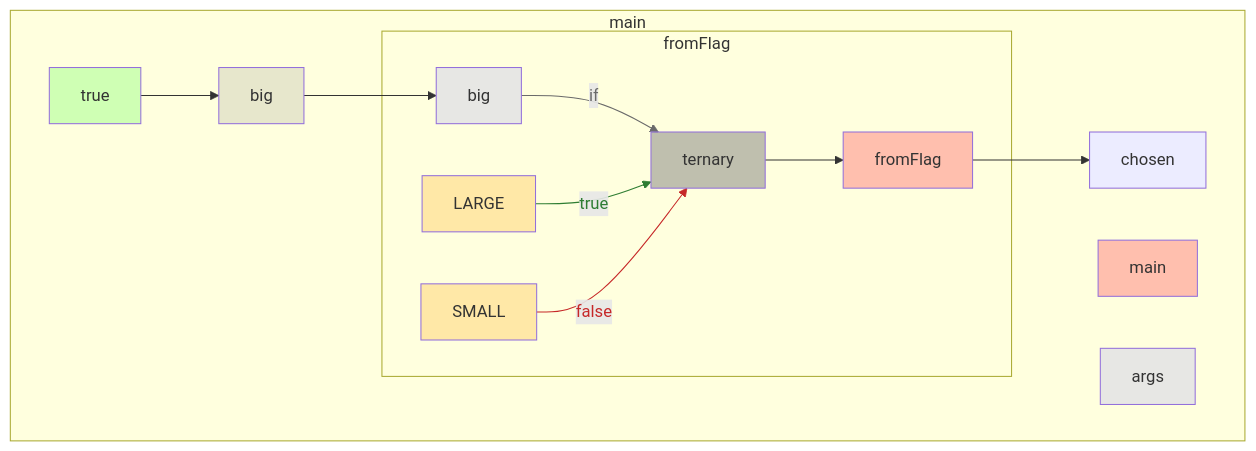
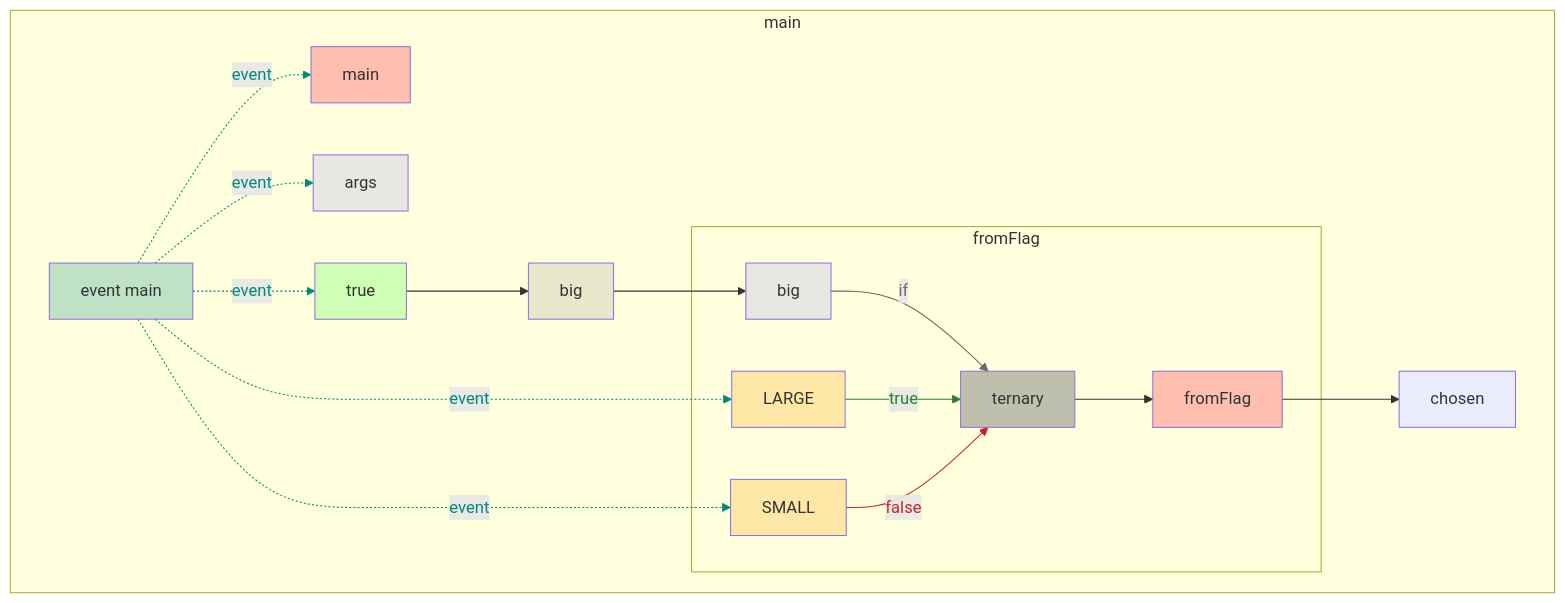
The diagram in app/src/test/resources/enumConstant/snapshot.md (gstiebler/codeflow), drawn with Mermaid before and after one commit. The commit also changed 77 other files, not shown here.

````diff
--- a/app/src/test/resources/enumConstant/snapshot.md
+++ b/app/src/test/resources/enumConstant/snapshot.md
@@ -1,34 +1,46 @@
 ```mermaid
 flowchart TD
   subgraph b0["main"]
-    n1[main]:::RETURN
-    n2[args]:::FUNC_PARAM
-    n3[true]:::LITERAL
-    n4[big]:::VARIABLE
-    n11[chosen]:::OBJ_VARIABLE
-    n3[true]:::LITERAL --> n4[big]:::VARIABLE
-    n4[big]:::VARIABLE --> n7[big]:::FUNC_PARAM
-    n6[fromFlag]:::RETURN --> n11[chosen]:::OBJ_VARIABLE
-    subgraph b5["fromFlag"]
-      n6[fromFlag]:::RETURN
-      n7[big]:::FUNC_PARAM
-      n8[LARGE]:::EXTERNAL
-      n9[SMALL]:::EXTERNAL
-      n10[ternary]:::BIN_OP
-      n7[big]:::FUNC_PARAM -->|if| n10[ternary]:::BIN_OP
-      n8[LARGE]:::EXTERNAL -->|true| n10[ternary]:::BIN_OP
-      n9[SMALL]:::EXTERNAL -->|false| n10[ternary]:::BIN_OP
-      n10[ternary]:::BIN_OP --> n6[fromFlag]:::RETURN
+    n1[event main]:::EVENT
+    n2[main]:::RETURN
+    n3[args]:::FUNC_PARAM
+    n4[true]:::LITERAL
+    n5[big]:::VARIABLE
+    n12[chosen]:::OBJ_VARIABLE
+    n1[event main]:::EVENT -. event .-> n2[main]:::RETURN
+    n1[event main]:::EVENT -. event .-> n3[args]:::FUNC_PARAM
+    n1[event main]:::EVENT -. event .-> n4[true]:::LITERAL
+    n1[event main]:::EVENT -. event .-> n9[LARGE]:::EXTERNAL
+    n1[event main]:::EVENT -. event .-> n10[SMALL]:::EXTERNAL
+    n4[true]:::LITERAL --> n5[big]:::VARIABLE
+    n5[big]:::VARIABLE --> n8[big]:::FUNC_PARAM
+    n7[fromFlag]:::RETURN --> n12[chosen]:::OBJ_VARIABLE
+    subgraph b6["fromFlag"]
+      n7[fromFlag]:::RETURN
+      n8[big]:::FUNC_PARAM
+      n9[LARGE]:::EXTERNAL
+      n10[SMALL]:::EXTERNAL
+      n11[ternary]:::BIN_OP
+      n8[big]:::FUNC_PARAM -->|if| n11[ternary]:::BIN_OP
+      n9[LARGE]:::EXTERNAL -->|true| n11[ternary]:::BIN_OP
+      n10[SMALL]:::EXTERNAL -->|false| n11[ternary]:::BIN_OP
+      n11[ternary]:::BIN_OP --> n7[fromFlag]:::RETURN
     end
   end
-  linkStyle 3 stroke:#6a6a6a,color:#6a6a6a
-  linkStyle 4 stroke:#2e7d32,color:#2e7d32
-  linkStyle 5 stroke:#c62828,color:#c62828
+  linkStyle 0 stroke:#00897b,color:#00897b
+  linkStyle 1 stroke:#00897b,color:#00897b
+  linkStyle 2 stroke:#00897b,color:#00897b
+  linkStyle 3 stroke:#00897b,color:#00897b
+  linkStyle 4 stroke:#00897b,color:#00897b
+  linkStyle 8 stroke:#6a6a6a,color:#6a6a6a
+  linkStyle 9 stroke:#2e7d32,color:#2e7d32
+  linkStyle 10 stroke:#c62828,color:#c62828
   classDef LITERAL fill:#00FF0030
   classDef VARIABLE fill:#80808030
   classDef BIN_OP fill:#80808080
   classDef FUNC_PARAM fill:#8080FF30
   classDef RETURN fill:#FF808080
   classDef EXTERNAL fill:#FFA50040
   classDef UNMODELLED fill:#FF000030,stroke-dasharray: 4 2
+  classDef EVENT fill:#00897B40
 ```
````
